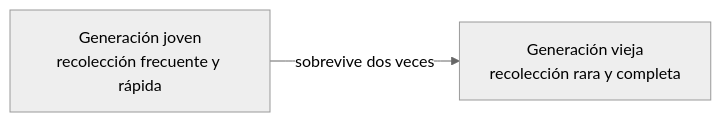
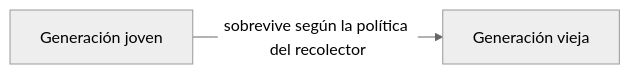
Before and after one commit to nbfrodri/devly: the diagram in src/content/es/articles/recoleccion-de-basura.mdx, drawn with Mermaid (neutral theme). The commit also changed other lines of this file and 58 other files, not shown here.

````diff
--- a/src/content/es/articles/recoleccion-de-basura.mdx
+++ b/src/content/es/articles/recoleccion-de-basura.mdx
@@ -76,4 +87,4 @@
 ```mermaid
 flowchart LR
-	N["Generación joven<br>recolección frecuente y rápida"] -- "sobrevive dos veces" --> O["Generación vieja<br>recolección rara y completa"]
+	N["Generación joven"] -- "sobrevive según la política del recolector" --> O["Generación vieja"]
 ```
````
